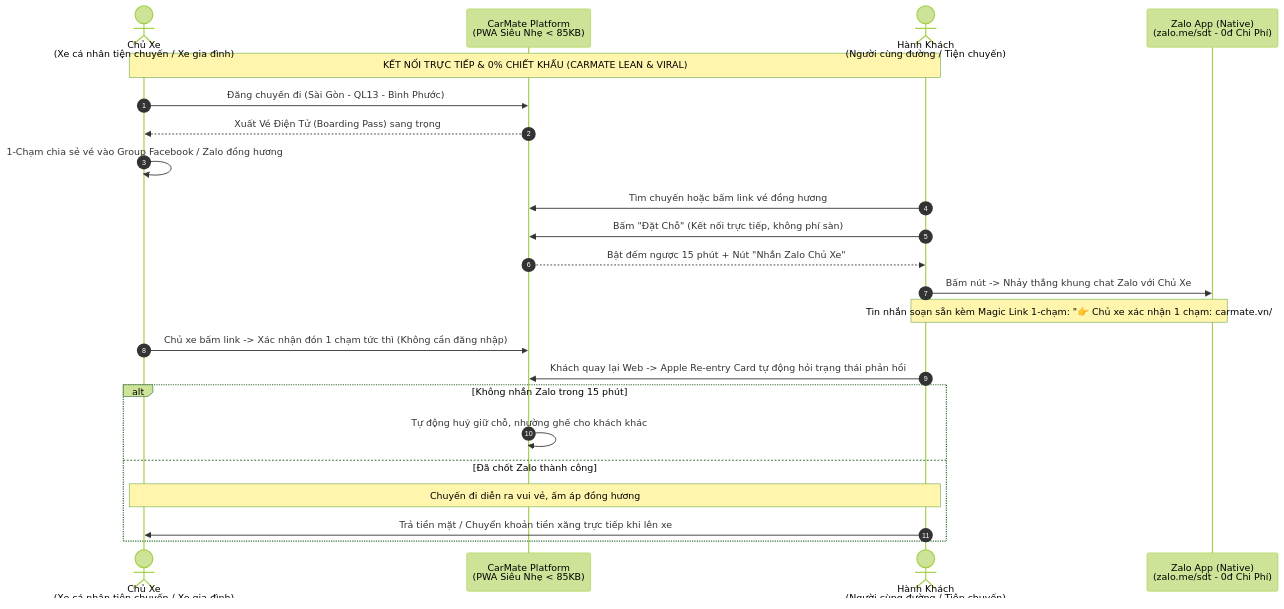
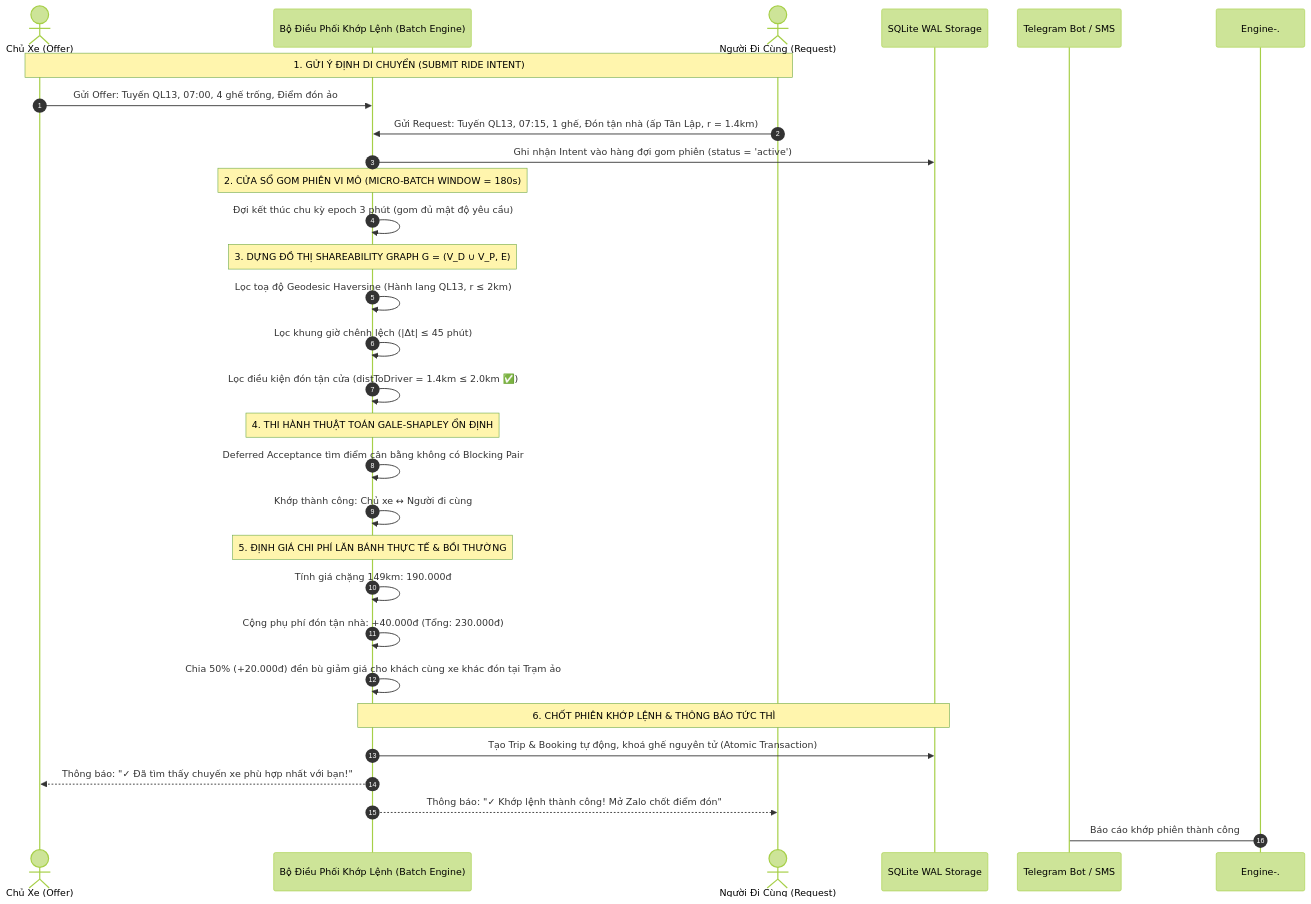
One commit to brianhuynh2021/carmate changed the second of 5 diagrams in ARCHITECTURE.md. Above: the diagram before and after it, drawn with Mermaid (forest theme). The commit also changed other lines of this file, not shown here.

Commit message:
docs: overhaul system architecture and document mathematical foundations for Level 3 engine

````diff
--- a/ARCHITECTURE.md
+++ b/ARCHITECTURE.md
@@ -188,29 +86,37 @@
 ```mermaid
 sequenceDiagram
     autonumber
-    actor Driver as Chủ Xe<br>(Xe cá nhân tiện chuyến / Xe gia đình)
-    participant Platform as CarMate Platform<br>(PWA Siêu Nhẹ < 85KB)
-    actor Passenger as Hành Khách<br>(Người cùng đường / Tiện chuyến)
-    participant Zalo as Zalo App (Native)<br>(zalo.me/sdt - 0đ Chi Phí)
+    actor Driver as Chủ Xe (Offer)
+    participant Engine as Bộ Điều Phối Khớp Lệnh (Batch Engine)
+    actor Passenger as Người Đi Cùng (Request)
+    participant Store as SQLite WAL Storage
+    participant Telegram as Telegram Bot / SMS
 
-    Note over Driver,Passenger: KẾT NỐI TRỰC TIẾP & 0% CHIẾT KHẤU (CARMATE LEAN & VIRAL)
-    Driver->>Platform: Đăng chuyến đi (Sài Gòn - QL13 - Bình Phước)
-    Platform-->>Driver: Xuất Vé Điện Tử (Boarding Pass) sang trọng
-    Driver->>Driver: 1-Chạm chia sẻ vé vào Group Facebook / Zalo đồng hương
+    Note over Driver,Passenger: 1. GỬI Ý ĐỊNH DI CHUYỂN (SUBMIT RIDE INTENT)
+    Driver->>Engine: Gửi Offer: Tuyến QL13, 07:00, 4 ghế trống, Điểm đón ảo
+    Passenger->>Engine: Gửi Request: Tuyến QL13, 07:15, 1 ghế, Đón tận nhà (ấp Tân Lập, r = 1.4km)
+    Engine->>Store: Ghi nhận Intent vào hàng đợi gom phiên (status = 'active')
 
-    Passenger->>Platform: Tìm chuyến hoặc bấm link vé đồng hương
-    Passenger->>Platform: Bấm "Đặt Chỗ" (Kết nối trực tiếp, không phí sàn)
-    Platform-->>Passenger: Bật đếm ngược 15 phút + Nút "Nhắn Zalo Chủ Xe"
+    Note over Engine: 2. CỬA SỔ GOM PHIÊN VI MÔ (MICRO-BATCH WINDOW = 180s)
+    Engine->>Engine: Đợi kết thúc chu kỳ epoch 3 phút (gom đủ mật độ yêu cầu)
 
-    Passenger->>Zalo: Bấm nút -> Nhảy thẳng khung chat Zalo với Chủ Xe
-    Note over Passenger,Zalo: Tin nhắn soạn sẵn kèm Magic Link 1-chạm: "👉 Chủ xe xác nhận 1 chạm: carmate.vn/#confirm-CX..."
-    Driver->>Platform: Chủ xe bấm link -> Xác nhận đón 1 chạm tức thì (Không cần đăng nhập)
-    Passenger->>Platform: Khách quay lại Web -> Apple Re-entry Card tự động hỏi trạng thái phản hồi
+    Note over Engine: 3. DỰNG ĐỒ THỊ SHAREABILITY GRAPH G = (V_D ∪ V_P, E)
+    Engine->>Engine: Lọc toạ độ Geodesic Haversine (Hành lang QL13, r ≤ 2km)
+    Engine->>Engine: Lọc khung giờ chênh lệch (|Δt| ≤ 45 phút)
+    Engine->>Engine: Lọc điều kiện đón tận cửa (distToDriver = 1.4km ≤ 2.0km ✅)
 
-    alt Không nhắn Zalo trong 15 phút
-        Platform->>Platform: Tự động huỷ giữ chỗ, nhường ghế cho khách khác
-    else Đã chốt Zalo thành công
-        Note over Driver,Passenger: Chuyến đi diễn ra vui vẻ, ấm áp đồng hương
-        Passenger->>Driver: Trả tiền mặt / Chuyển khoản tiền xăng trực tiếp khi lên xe
-    end
+    Note over Engine: 4. THI HÀNH THUẬT TOÁN GALE-SHAPLEY ỔN ĐỊNH
+    Engine->>Engine: Deferred Acceptance tìm điểm cân bằng không có Blocking Pair
+    Engine->>Engine: Khớp thành công: Chủ xe ↔ Người đi cùng
+
+    Note over Engine: 5. ĐỊNH GIÁ CHI PHÍ LĂN BÁNH THỰC TẾ & BỒI THƯỜNG
+    Engine->>Engine: Tính giá chặng 149km: 190.000đ
+    Engine->>Engine: Cộng phụ phí đón tận nhà: +40.000đ (Tổng: 230.000đ)
+    Engine->>Engine: Chia 50% (+20.000đ) đền bù giảm giá cho khách cùng xe khác đón tại Trạm ảo
+
+    Note over Engine,Store: 6. CHỐT PHIÊN KHỚP LỆNH & THÔNG BÁO TỨC THÌ
+    Engine->>Store: Tạo Trip & Booking tự động, khoá ghế nguyên tử (Atomic Transaction)
+    Engine-->>Driver: Thông báo: "✓ Đã tìm thấy chuyến xe phù hợp nhất với bạn!"
+    Engine-->>Passenger: Thông báo: "✓ Khớp lệnh thành công! Mở Zalo chốt điểm đón"
+    Engine-.->Telegram: Báo cáo khớp phiên thành công
 ```
````
